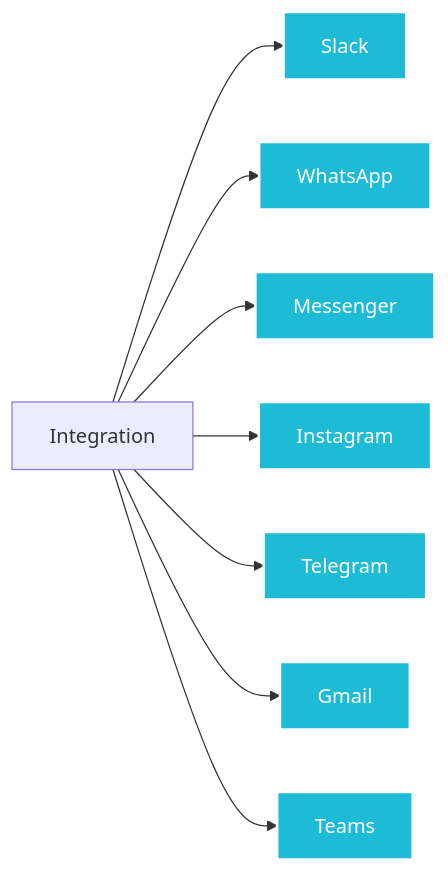
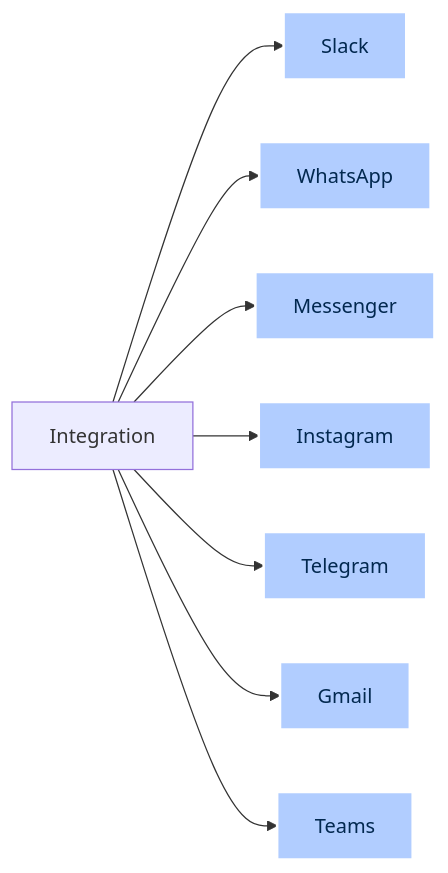
One commit to yaalalabs/agent-kernel changed the first of 2 diagrams in docs/docs/integrations/overview.md. Above: the diagram before and after it, drawn with Mermaid. The commit also changed other lines of this file and 444 other files, not shown here.

````diff
--- a/docs/docs/integrations/overview.md
+++ b/docs/docs/integrations/overview.md
@@ -36,17 +36,17 @@
 ```mermaid
 ---
 config:
   layout: dagre
   elk: true
 ---
 flowchart LR
     D["Integration"] --> I["Slack"] & J["WhatsApp"] & K["Messenger"] & M["Instagram"] & N["Telegram"] & O["Gmail"] & T["Teams"]
 
-    style I fill:#1ebbd7,stroke:#fff,stroke-width:2px,color:#fff
-    style J fill:#1ebbd7,stroke:#fff,stroke-width:2px,color:#fff
-    style K fill:#1ebbd7,stroke:#fff,stroke-width:2px,color:#fff
-    style M fill:#1ebbd7,stroke:#fff,stroke-width:2px,color:#fff
-    style N fill:#1ebbd7,stroke:#fff,stroke-width:2px,color:#fff
-    style O fill:#1ebbd7,stroke:#fff,stroke-width:2px,color:#fff
-    style T fill:#1ebbd7,stroke:#fff,stroke-width:2px,color:#fff
+    style I fill:#B1CDFF,stroke:#fff,stroke-width:2px,color:#02284F
+    style J fill:#B1CDFF,stroke:#fff,stroke-width:2px,color:#02284F
+    style K fill:#B1CDFF,stroke:#fff,stroke-width:2px,color:#02284F
+    style M fill:#B1CDFF,stroke:#fff,stroke-width:2px,color:#02284F
+    style N fill:#B1CDFF,stroke:#fff,stroke-width:2px,color:#02284F
+    style O fill:#B1CDFF,stroke:#fff,stroke-width:2px,color:#02284F
+    style T fill:#B1CDFF,stroke:#fff,stroke-width:2px,color:#02284F
 ```
````
